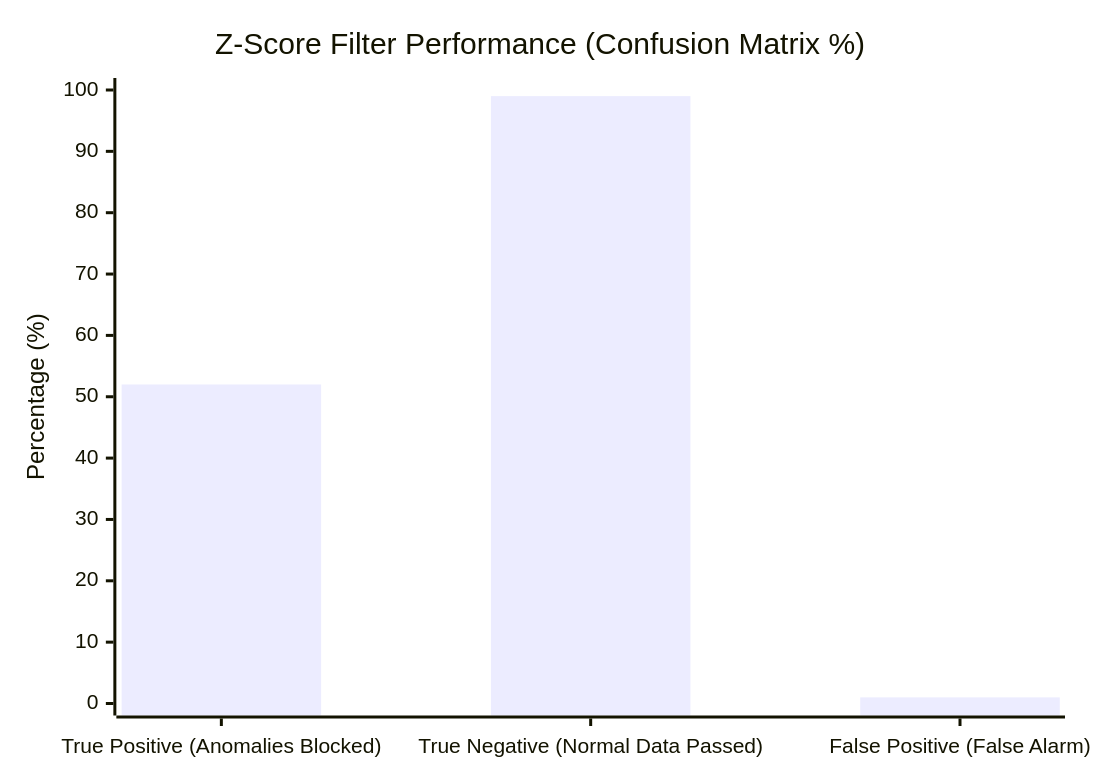
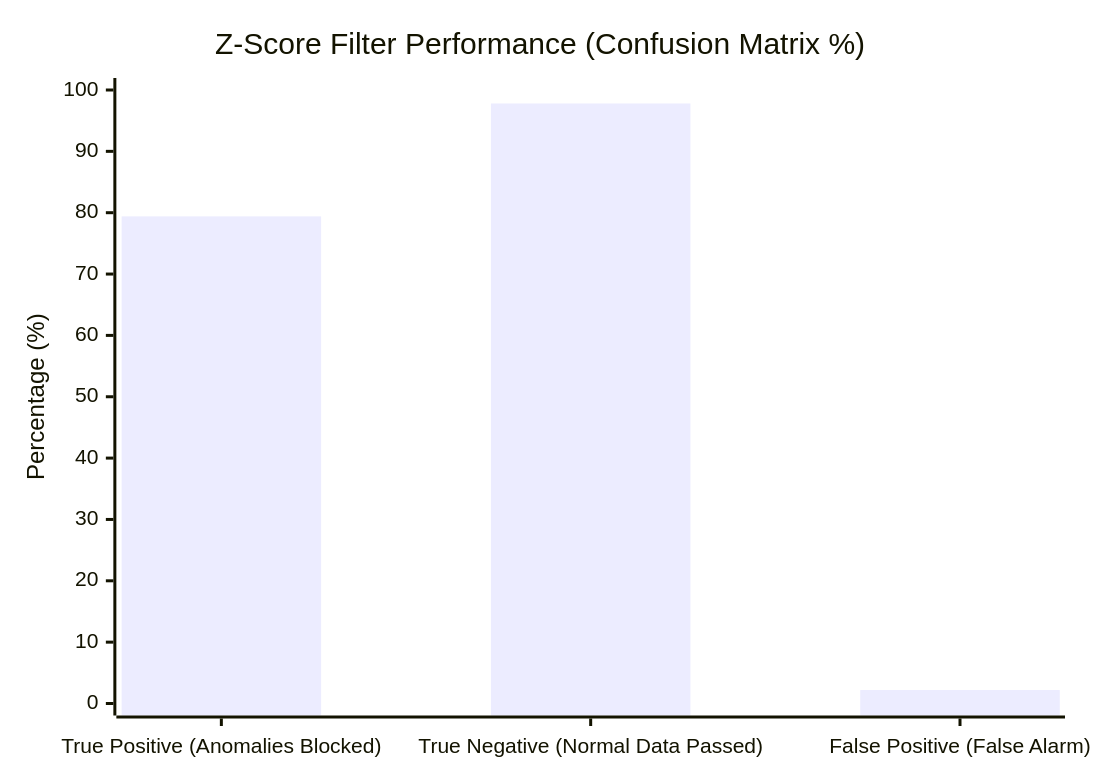
The fourth of 4 diagrams in README.md (darked0/IoT_assignment), drawn with Mermaid before and after one commit. The commit also changed other lines of this file, not shown here.

````diff
--- a/README.md
+++ b/README.md
@@ -144,7 +144,7 @@
 ```mermaid
 xychart-beta
     title "Z-Score Filter Performance (Confusion Matrix %)"
     x-axis ["True Positive (Anomalies Blocked)", "True Negative (Normal Data Passed)", "False Positive (False Alarm)"]
     y-axis "Percentage (%)" 0 --> 100
-    bar [52, 99, 1]
+    bar [79.4, 97.8, 2.2]
 ```
````
